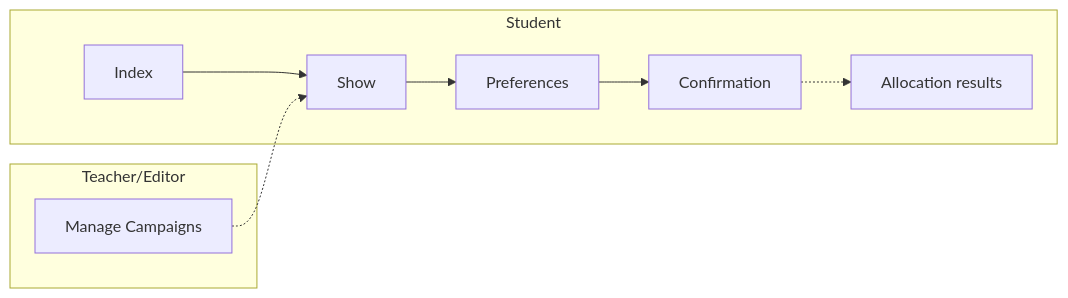
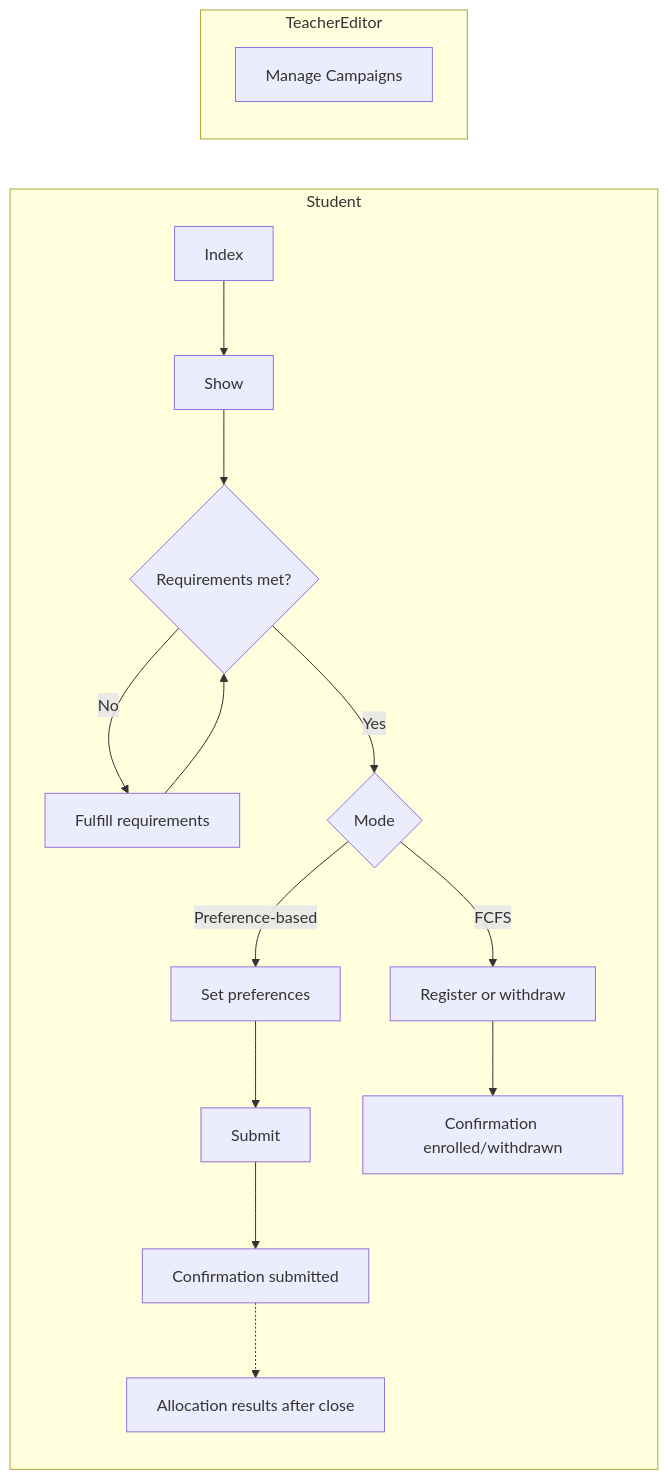
One commit to MaMpf-HD/mampf changed the second of 6 diagrams in architecture/src/features/12-views.md. Above: the diagram before and after it, drawn with Mermaid. The commit also changed other lines of this file and 16 other files, not shown here.

````diff
--- a/architecture/src/features/12-views.md
+++ b/architecture/src/features/12-views.md
@@ -199,13 +225,20 @@
 ```mermaid
 flowchart LR
-  subgraph "Student"
+  subgraph Student
     IDX[Index] --> SHW[Show]
-    SHW --> PREF[Preferences]
-    PREF --> CONF[Confirmation]
-    CONF -.-> ALLOC[Allocation results]
+    SHW --> GATE{Requirements met?}
+    GATE -->|No| REQS[Fulfill requirements]
+    REQS --> GATE
+    GATE -->|Yes| MODE{Mode}
+    MODE -->|Preference-based| PREF[Set preferences]
+    PREF --> SUBMIT[Submit]
+    SUBMIT --> CONF_PREF[Confirmation submitted]
+    CONF_PREF -.-> ALLOC[Allocation results after close]
+    MODE -->|FCFS| REG[Register or withdraw]
+    REG --> CONF_FCFS[Confirmation enrolled/withdrawn]
   end
-  subgraph "Teacher/Editor"
+
+  subgraph TeacherEditor
     MGT[Manage Campaigns]
   end
-  MGT -.-> SHW
 ```
````
